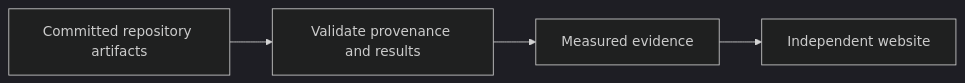
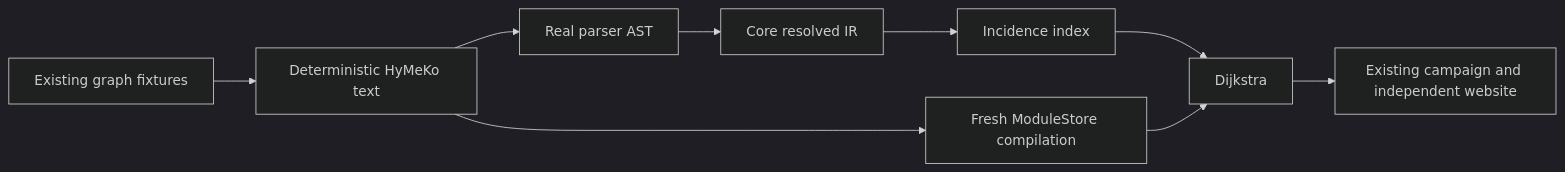
One commit to hymeko-framework/graph changed the diagram in docs/plans/2026-09-06-cross-platform-benchmarks/plan.mmd. Above: the diagram before and after it, drawn with Mermaid (dark theme). The commit also changed 16 other files, not shown here.

First line of the commit message:
test(graph): measure parsing and source-to-query stages on existing workloads

```diff
--- a/docs/plans/2026-09-06-cross-platform-benchmarks/plan.mmd
+++ b/docs/plans/2026-09-06-cross-platform-benchmarks/plan.mmd
@@ -1,4 +1,9 @@
 flowchart LR
-  Sources[Committed repository artifacts] --> Verify[Validate provenance and results]
-  Verify --> Evidence[Measured evidence]
-  Evidence --> View[Independent website]
+  Fixture[Existing graph fixtures] --> Source[Deterministic HyMeKo text]
+  Source --> AST[Real parser AST]
+  AST --> IR[Core resolved IR]
+  IR --> Index[Incidence index]
+  Index --> Query[Dijkstra]
+  Source --> Compile[Fresh ModuleStore compilation]
+  Compile --> Query
+  Query --> Evidence[Existing campaign and independent website]
```
